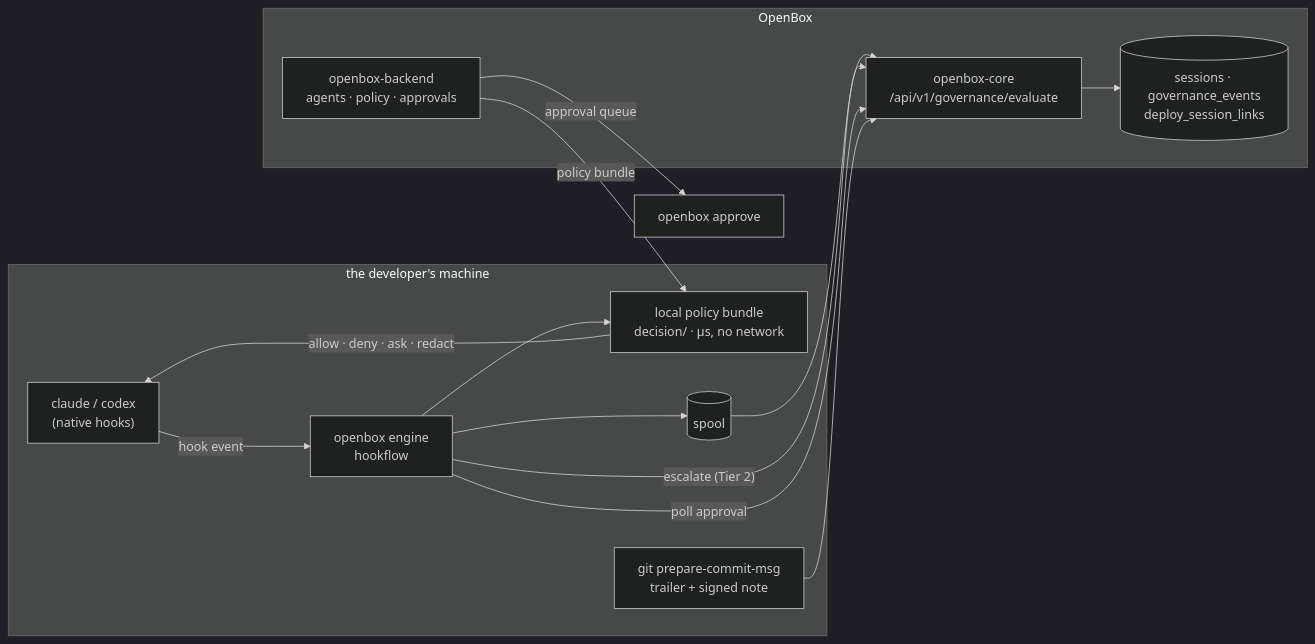
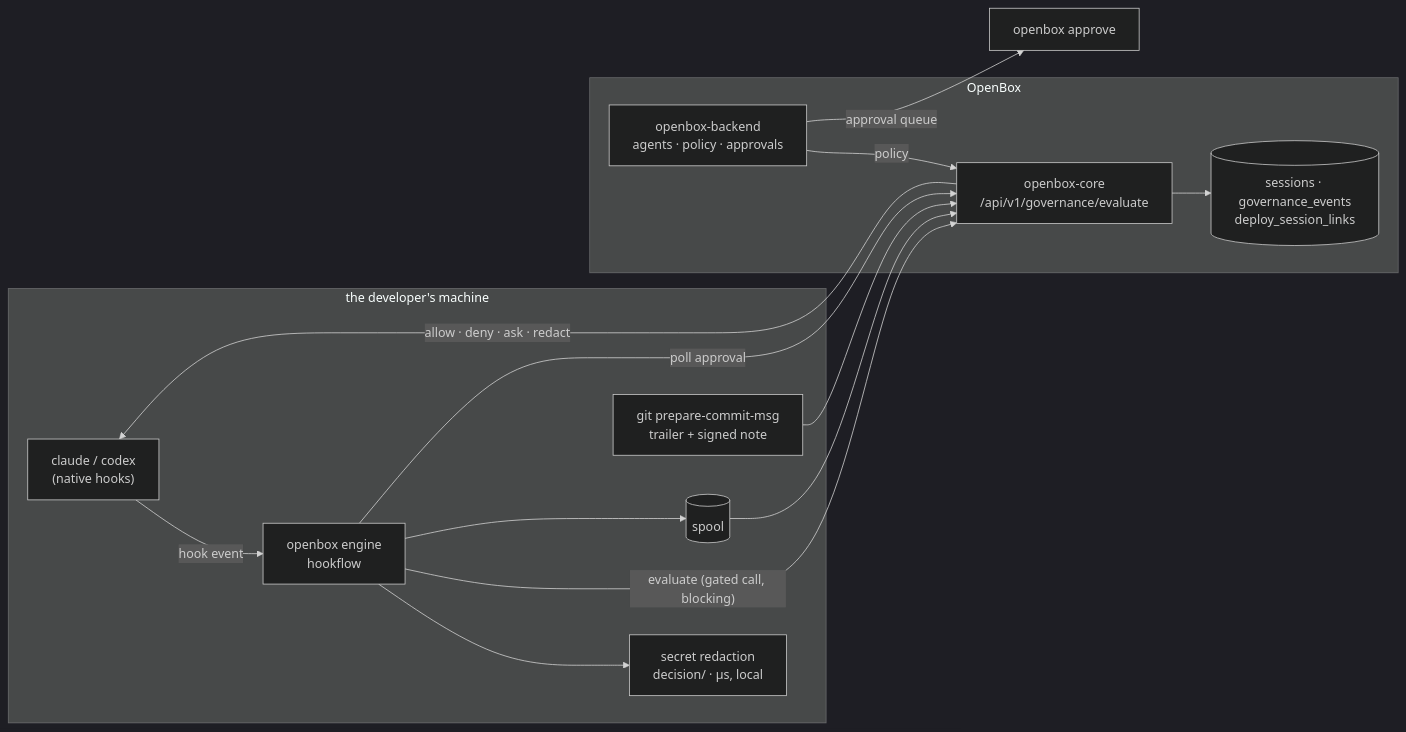
The diagram in docs/architecture.md (OpenBox-AI/openbox-shift-left), drawn with Mermaid (dark theme) before and after one commit. The commit also changed other lines of this file and 30 other files, not shown here.

````diff
--- a/docs/architecture.md
+++ b/docs/architecture.md
@@ -8,24 +8,24 @@
 ```mermaid
 flowchart LR
   subgraph TOOL["the developer's machine"]
     CC["claude / codex<br/>(native hooks)"]
     ENG["openbox engine<br/>hookflow"]
-    DEC["local policy bundle<br/>decision/ · µs, no network"]
+    RED["secret redaction<br/>decision/ · µs, local"]
     SPOOL[("spool")]
     GIT["git prepare-commit-msg<br/>trailer + signed note"]
   end
   subgraph OPENBOX["OpenBox"]
     CORE["openbox-core<br/>/api/v1/governance/evaluate"]
     BE["openbox-backend<br/>agents · policy · approvals"]
     DB[("sessions · governance_events<br/>deploy_session_links")]
   end
   CC -- "hook event" --> ENG
-  ENG --> DEC
-  DEC -- "allow · deny · ask · redact" --> CC
+  ENG --> RED
+  ENG -- "evaluate (gated call, blocking)" --> CORE
+  CORE -- "allow · deny · ask · redact" --> CC
   ENG --> SPOOL --> CORE --> DB
-  ENG -- "escalate (Tier 2)" --> CORE
   ENG -- "poll approval" --> CORE
   GIT --> CORE
-  BE -- "policy bundle" --> DEC
+  BE -- "policy" --> CORE
   BE -- "approval queue" --> CLI["openbox approve"]
 ```
````
